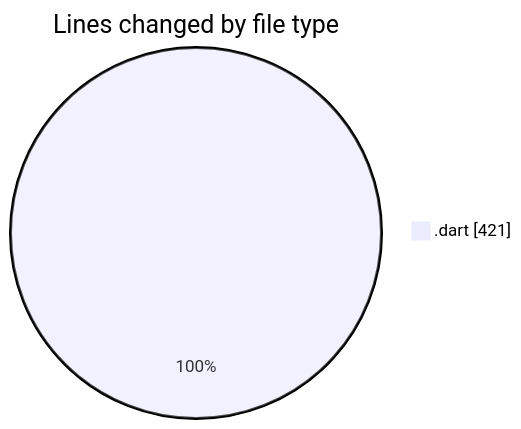
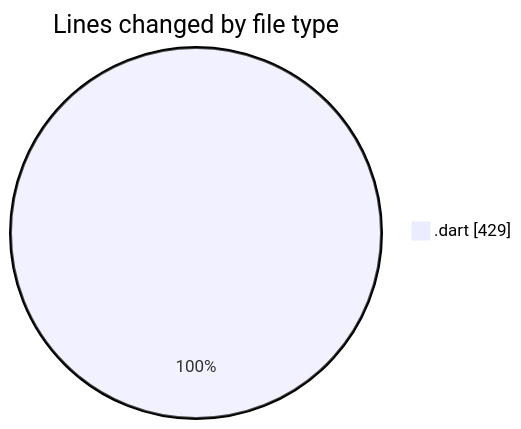
The first of 2 diagrams in 2025-03-25/wordle/README.md (donsfak/code-tracking), drawn with Mermaid before and after one commit. The commit also changed other lines of this file and 1 other file, not shown here.

````diff
--- a/2025-03-25/wordle/README.md
+++ b/2025-03-25/wordle/README.md
@@ -26,5 +26,5 @@
 ```mermaid
 pie showData
 title Lines changed by file type
-".dart" : 421
+".dart" : 429
 ```
````
